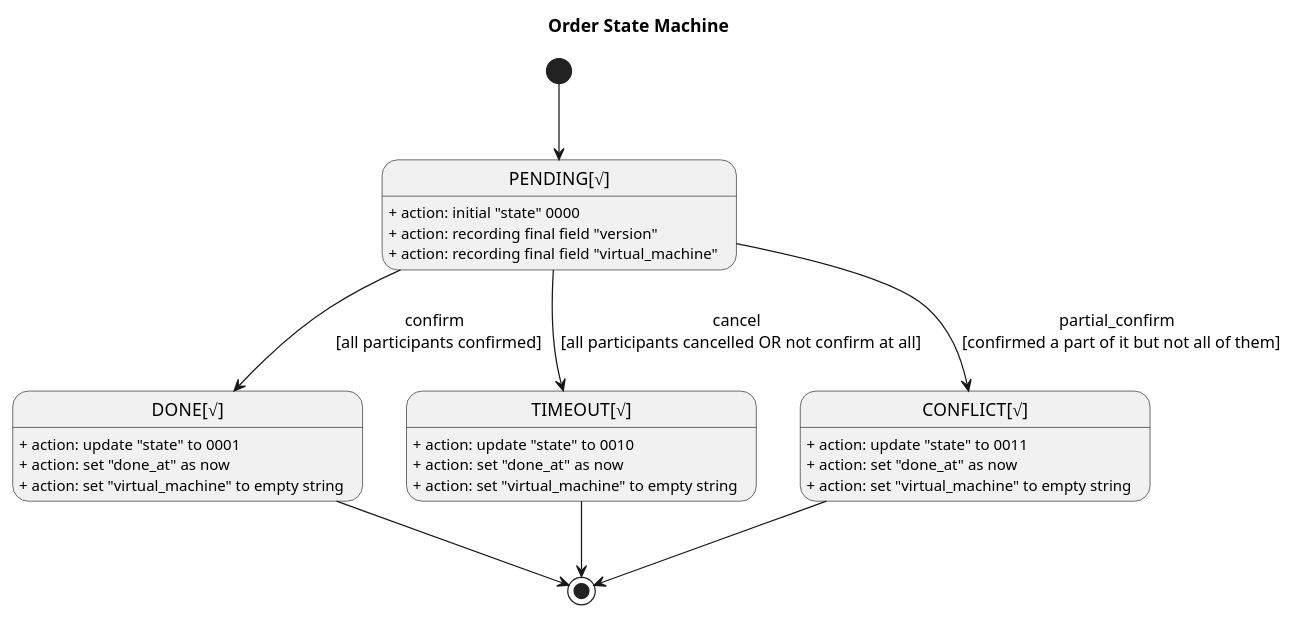
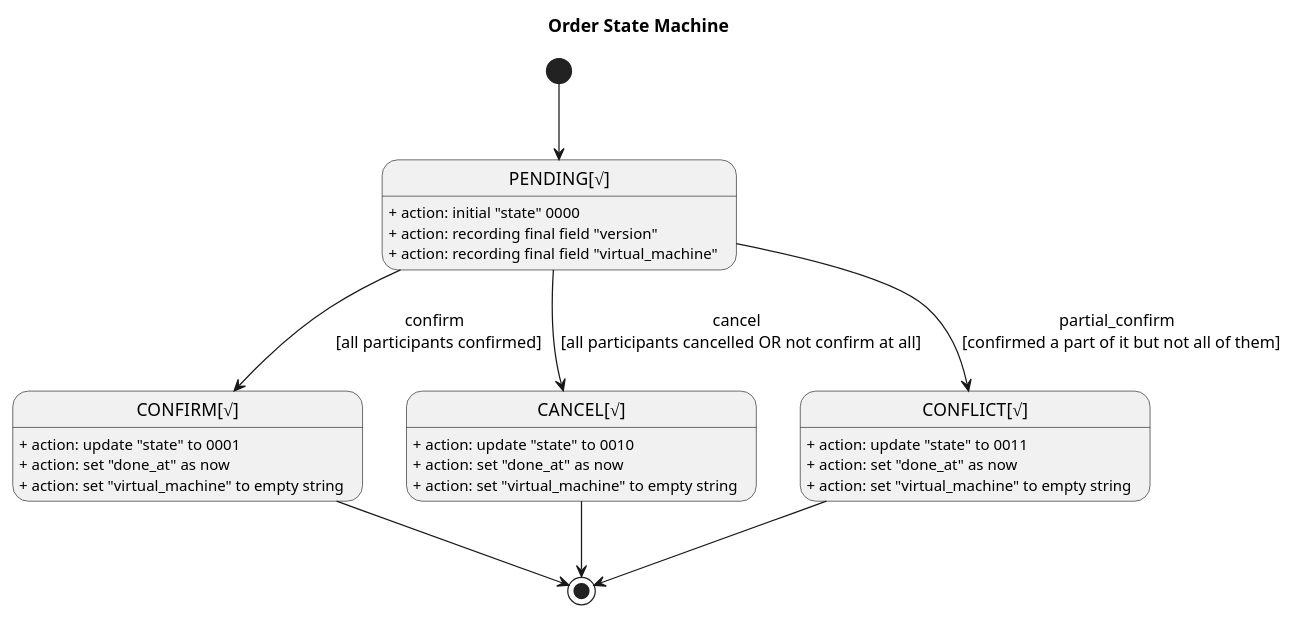
The diagram in rest-tcc-projects/rest-tcc-order/src/main/resources/puml/order-state.puml (prontera/spring-cloud-rest-tcc), drawn with PlantUML before and after one commit. The commit also changed 12 other files, not shown here.

```diff
--- a/rest-tcc-projects/rest-tcc-order/src/main/resources/puml/order-state.puml
+++ b/rest-tcc-projects/rest-tcc-order/src/main/resources/puml/order-state.puml
@@ -1,34 +1,34 @@
 @startuml
 skinparam monochrome true
 scale 1
 title Order State Machine
 
 ' State
 state "PENDING[√]" as PENDING
 PENDING: + action: initial "state" 0000
 PENDING: + action: recording final field "version"
 PENDING: + action: recording final field "virtual_machine"
 '''
-state "DONE[√]" as DONE
-DONE: + action: update "state" to 0001
-DONE: + action: set "done_at" as now
-DONE: + action: set "virtual_machine" to empty string
+state "CONFIRM[√]" as CONFIRM
+CONFIRM: + action: update "state" to 0001
+CONFIRM: + action: set "done_at" as now
+CONFIRM: + action: set "virtual_machine" to empty string
 '''
-state "TIMEOUT[√]" as TIMEOUT
-TIMEOUT: + action: update "state" to 0010
-TIMEOUT: + action: set "done_at" as now
-TIMEOUT: + action: set "virtual_machine" to empty string
+state "CANCEL[√]" as CANCEL
+CANCEL: + action: update "state" to 0010
+CANCEL: + action: set "done_at" as now
+CANCEL: + action: set "virtual_machine" to empty string
 '''
 state "CONFLICT[√]" as CONFLICT
 CONFLICT: + action: update "state" to 0011
 CONFLICT: + action: set "done_at" as now
 CONFLICT: + action: set "virtual_machine" to empty string
 ' Transition
 [*] --> PENDING
-PENDING --> DONE: confirm \n [all participants confirmed]
-PENDING --> TIMEOUT: cancel \n [all participants cancelled OR not confirm at all]
+PENDING --> CONFIRM: confirm \n [all participants confirmed]
+PENDING --> CANCEL: cancel \n [all participants cancelled OR not confirm at all]
 PENDING --> CONFLICT: partial_confirm \n [confirmed a part of it but not all of them]
-DONE --> [*]
-TIMEOUT --> [*]
+CONFIRM --> [*]
+CANCEL --> [*]
 CONFLICT --> [*]
 @enduml
```
